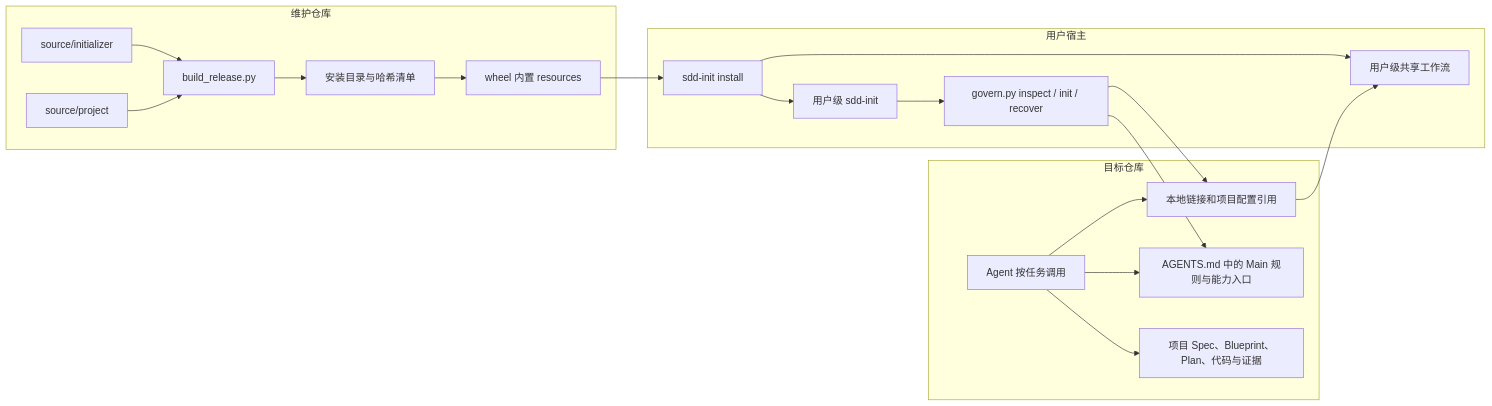
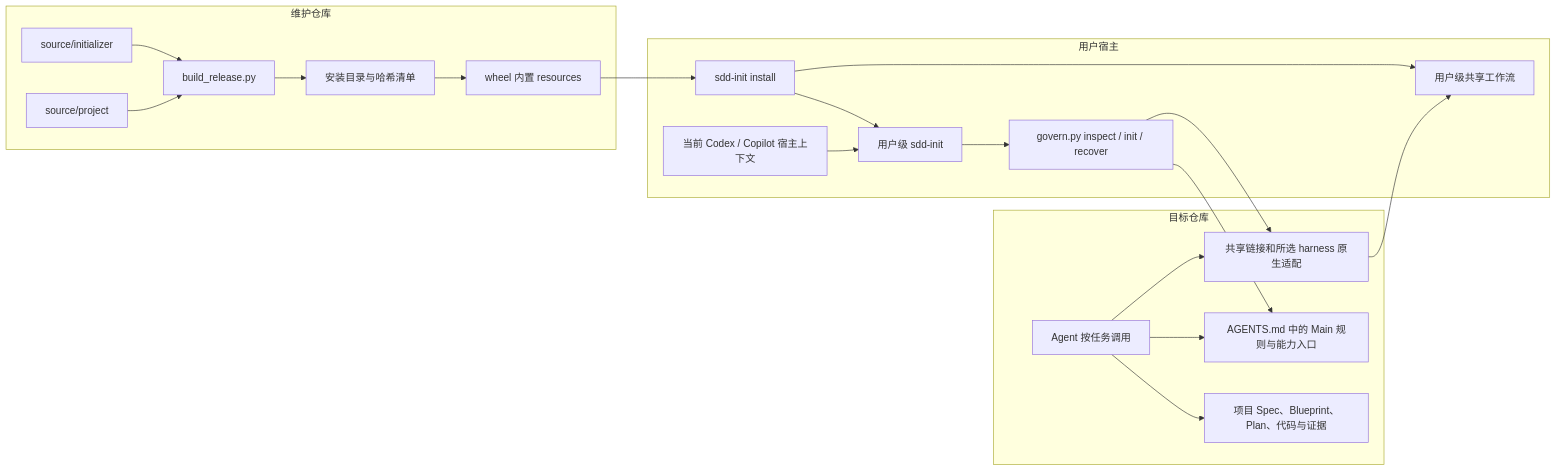
Before and after one commit to bigsmartben/sdd-init: the second of 3 diagrams in docs/blueprint.md, drawn with Mermaid. The commit also changed other lines of this file and 19 other files, not shown here.

````diff
--- a/docs/blueprint.md
+++ b/docs/blueprint.md
@@ -85,26 +85,27 @@
 ```mermaid
 flowchart LR
   subgraph Repo[维护仓库]
     InitSource[source/initializer]
     ProjectSource[source/project]
     Builder[build_release.py]
     InitSource --> Builder
     ProjectSource --> Builder
     Builder --> Bundle[安装目录与哈希清单]
     Bundle --> Wheel[wheel 内置 resources]
   end
   subgraph UserHost[用户宿主]
     CLI[sdd-init install] --> UserSkill[用户级 sdd-init]
     Wheel --> CLI
     CLI --> SharedBundle[用户级共享工作流]
     UserSkill --> Govern[govern.py inspect / init / recover]
+    Harness[当前 Codex / Copilot 宿主上下文] --> UserSkill
   end
   subgraph Target[目标仓库]
-    Govern --> Local[本地链接和项目配置引用]
+    Govern --> Local[共享链接和所选 harness 原生适配]
     Govern --> MainRules[AGENTS.md 中的 Main 规则与能力入口]
     Local --> SharedBundle
     Agent[Agent 按任务调用] --> Local
     Agent --> MainRules
     Agent --> Artifacts[项目 Spec、Blueprint、Plan、代码与证据]
   end
 ```
````
